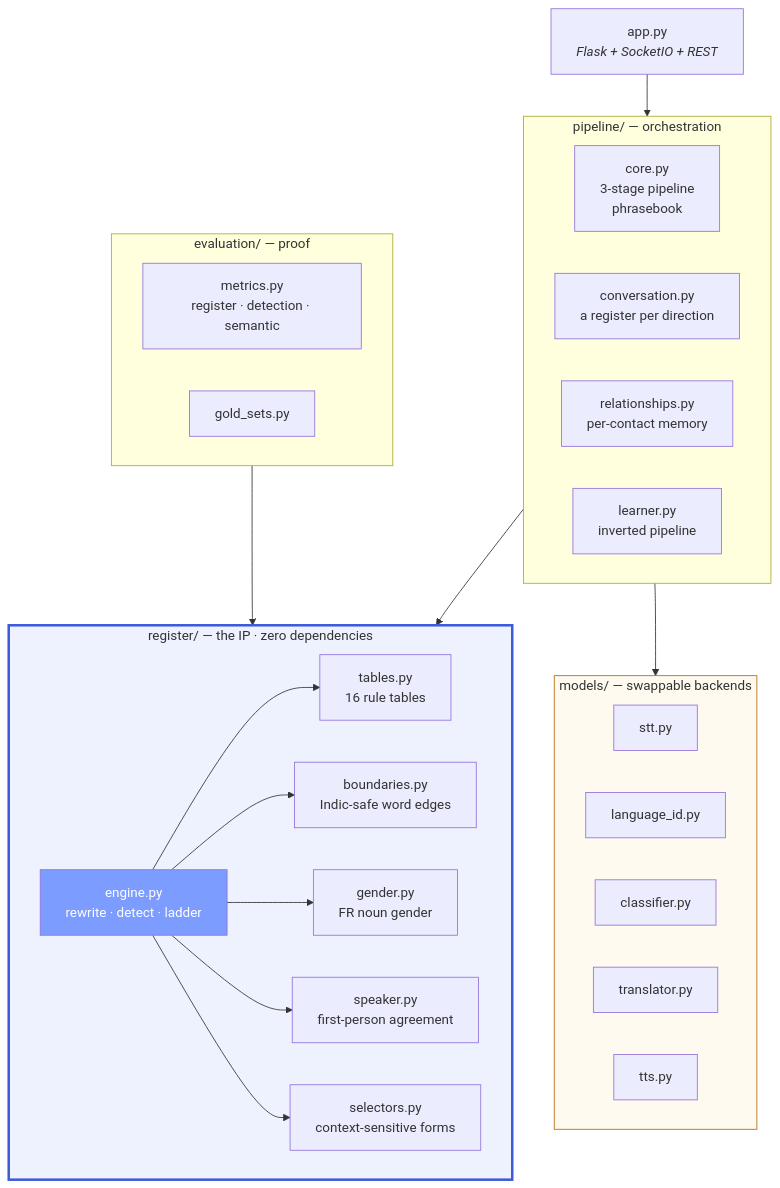
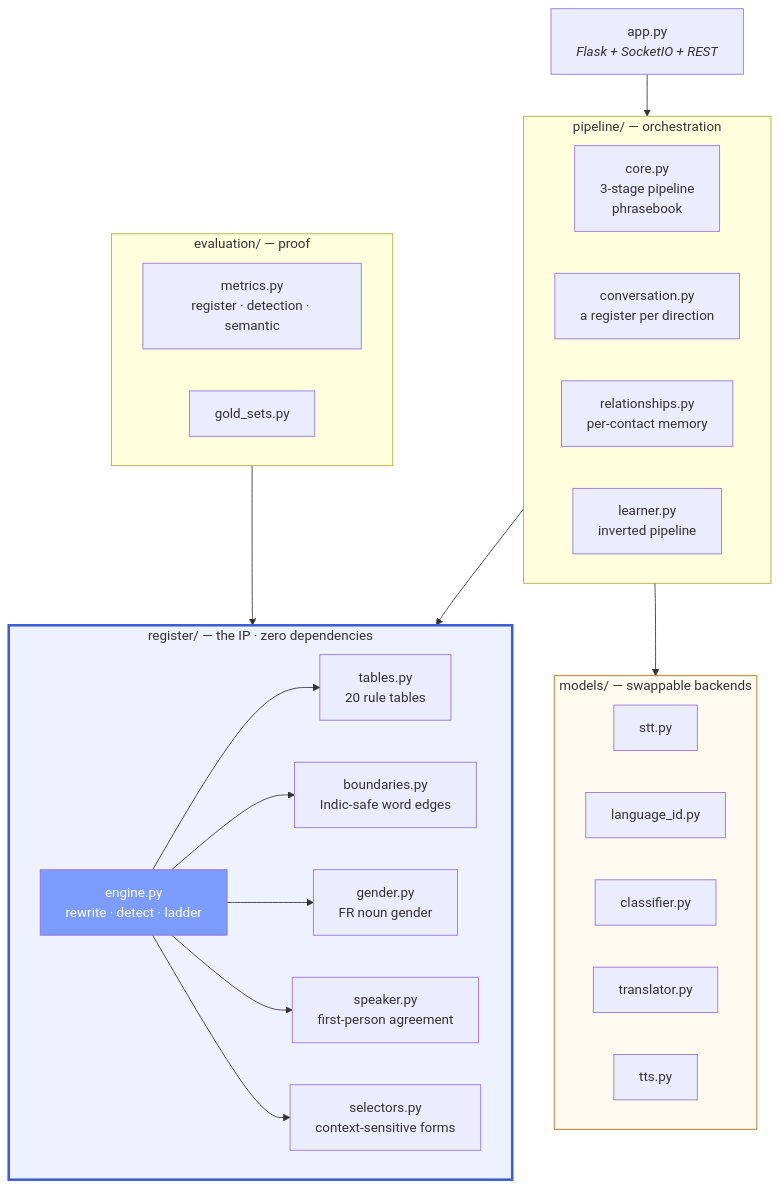
One commit to ardhendudebnath/register-aware-translation changed the third of 3 diagrams in README.md. Above: the diagram before and after it, drawn with Mermaid. The commit also changed other lines of this file and 8 other files, not shown here.

````diff
--- a/README.md
+++ b/README.md
@@ -110,43 +110,43 @@
 ```mermaid
 flowchart TD
     APP["app.py<br/><i>Flask + SocketIO + REST</i>"]
 
     subgraph PIPE["pipeline/ — orchestration"]
         CORE["core.py<br/>3-stage pipeline<br/>phrasebook"]
         CONV["conversation.py<br/>a register per direction"]
         REL["relationships.py<br/>per-contact memory"]
         LEARN["learner.py<br/>inverted pipeline"]
     end
 
     subgraph REG["register/ — the IP · zero dependencies"]
-        TAB["tables.py<br/>16 rule tables"]
+        TAB["tables.py<br/>20 rule tables"]
         ENG["engine.py<br/>rewrite · detect · ladder"]
         BOUND["boundaries.py<br/>Indic-safe word edges"]
         GEN["gender.py<br/>FR noun gender"]
         SPK["speaker.py<br/>first-person agreement"]
         SEL["selectors.py<br/>context-sensitive forms"]
     end
 
     subgraph MOD["models/ — swappable backends"]
         STT["stt.py"]
         LID["language_id.py"]
         CLF["classifier.py"]
         MT2["translator.py"]
         TTS2["tts.py"]
     end
 
     subgraph EVAL["evaluation/ — proof"]
         MET["metrics.py<br/>register · detection · semantic"]
         GOLD["gold_sets.py"]
     end
 
     APP --> PIPE
     PIPE --> REG
     PIPE --> MOD
     EVAL --> REG
     ENG --> TAB & BOUND & GEN & SPK & SEL
 
     style REG fill:#eef2ff,stroke:#3d5bd9,stroke-width:3px
     style ENG fill:#7c9cff,color:#fff
     style MOD fill:#fffaf0,stroke:#b4690e
 ```
````
